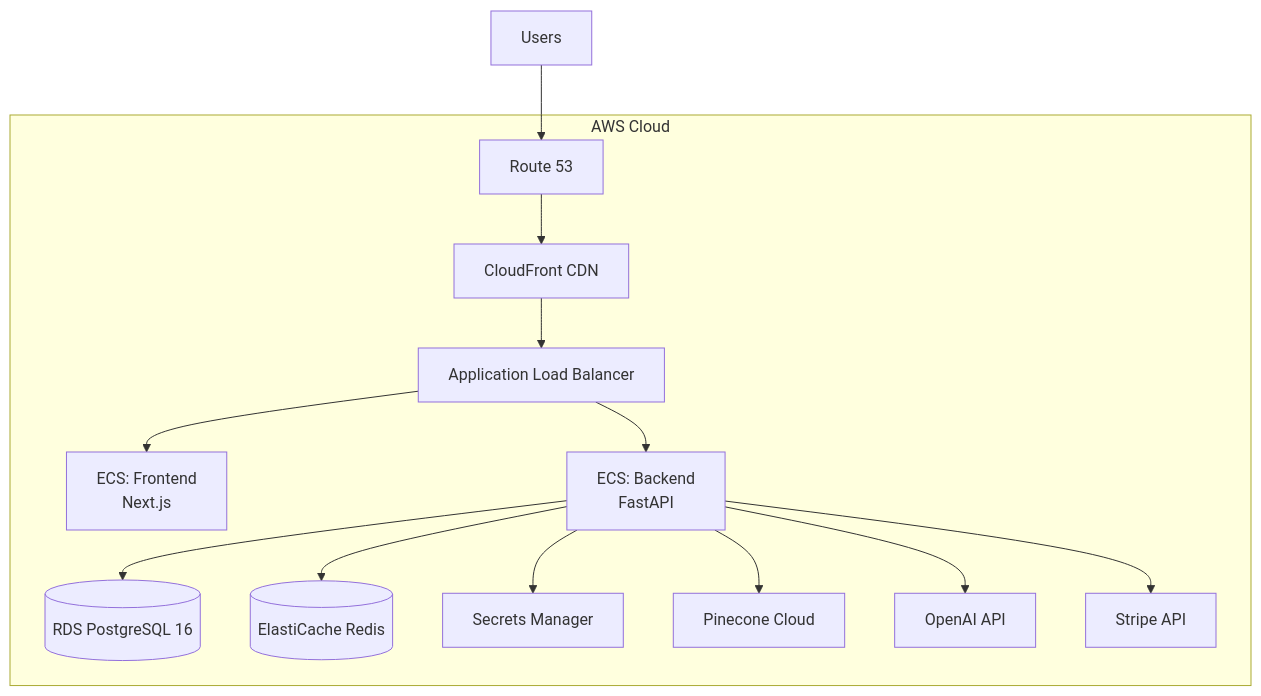
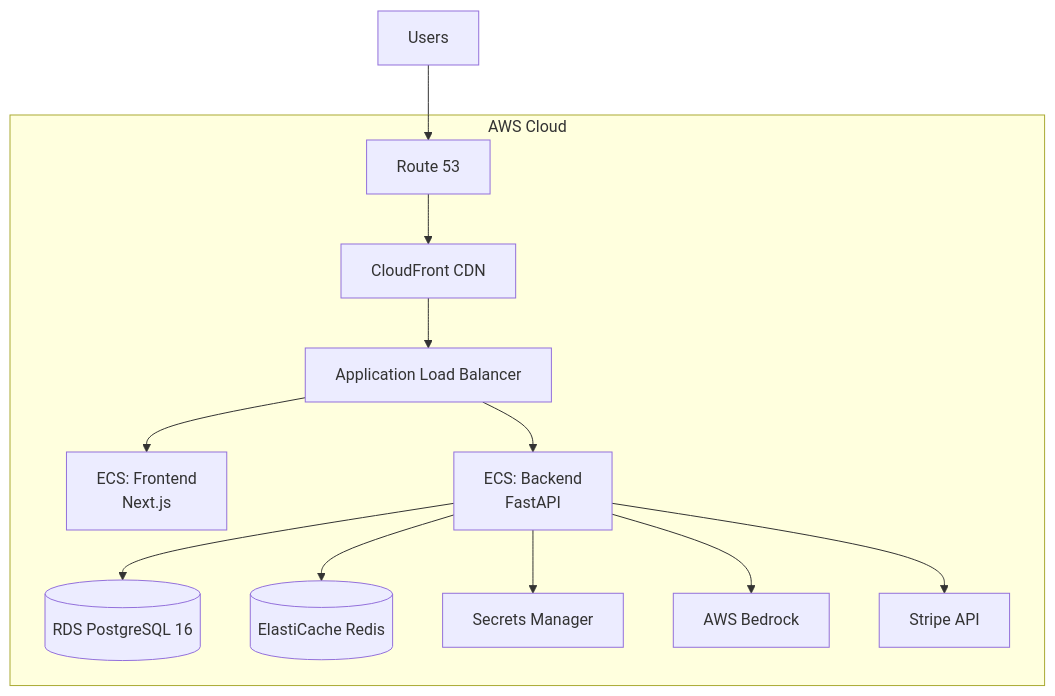
One commit to gndumbri/arbiter-ai changed the diagram in docs/aws-deployment.md. Above: the diagram before and after it, drawn with Mermaid. The commit also changed other lines of this file and 68 other files, not shown here.

Commit message:
feat: Migrate to pgvector and AWS Bedrock, introduce `APP_MODE` environment management, and upgrade NextAuth.

````diff
--- a/docs/aws-deployment.md
+++ b/docs/aws-deployment.md
@@ -7,16 +7,15 @@
 ```mermaid
 graph TD
     subgraph "AWS Cloud"
         CF[CloudFront CDN] --> ALB[Application Load Balancer]
         ALB --> ECS_FE[ECS: Frontend<br/>Next.js]
         ALB --> ECS_BE[ECS: Backend<br/>FastAPI]
         ECS_BE --> RDS[(RDS PostgreSQL 16)]
         ECS_BE --> EC[(ElastiCache Redis)]
         ECS_BE --> SM[Secrets Manager]
-        ECS_BE --> PC[Pinecone Cloud]
-        ECS_BE --> OAI[OpenAI API]
+        ECS_BE --> BR[AWS Bedrock]
         ECS_BE --> STR[Stripe API]
         R53[Route 53] --> CF
     end
     Users --> R53
 ```
````
